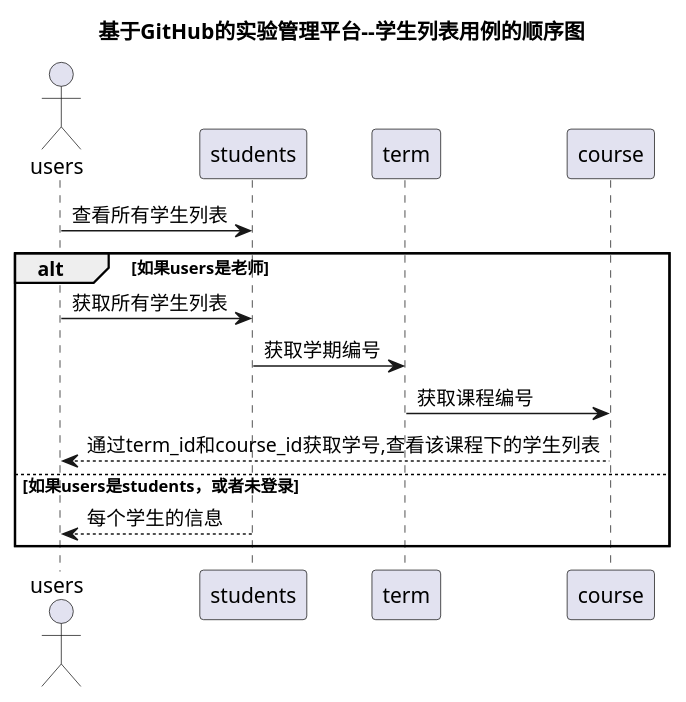
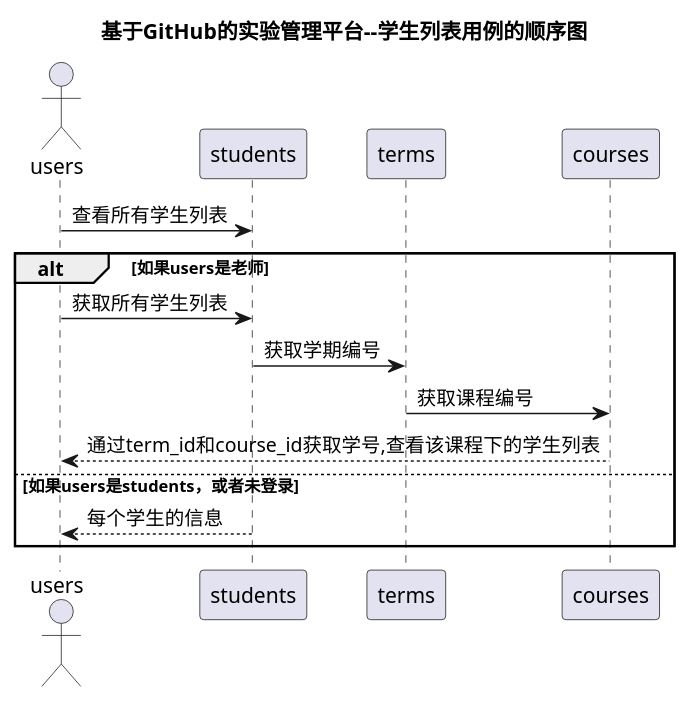
The diagram in test6/src/学生列表.puml (201510414128/is_analysis-1), drawn with PlantUML before and after one commit.

```diff
--- a/test6/src/学生列表.puml
+++ b/test6/src/学生列表.puml
@@ -1,13 +1,13 @@
 @startuml
 title 基于GitHub的实验管理平台--学生列表用例的顺序图
 actor users
 users -> students:查看所有学生列表
 alt 如果users是老师
     users -> students:获取所有学生列表
-	students -> term: 获取学期编号
-    term -> course: 获取课程编号
-    users <-- course: 通过term_id和course_id获取学号,查看该课程下的学生列表
+	students -> terms: 获取学期编号
+    terms -> courses: 获取课程编号
+    users <-- courses: 通过term_id和course_id获取学号,查看该课程下的学生列表
 else 如果users是students，或者未登录
     students --> users:每个学生的信息
 end
 @enduml
```
